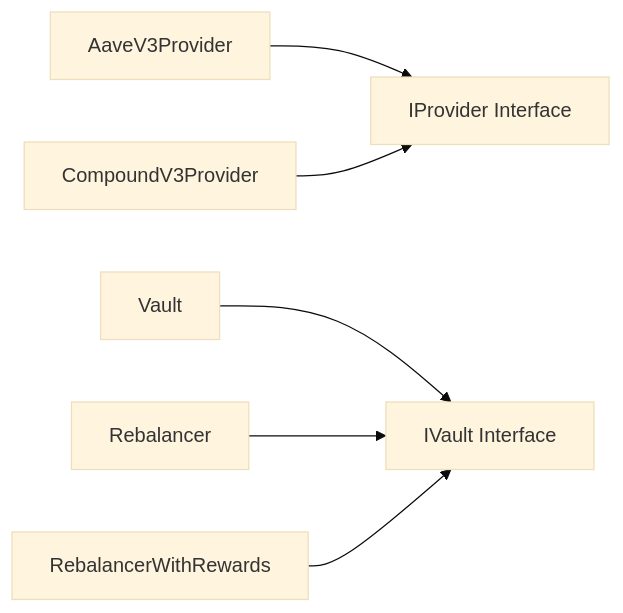
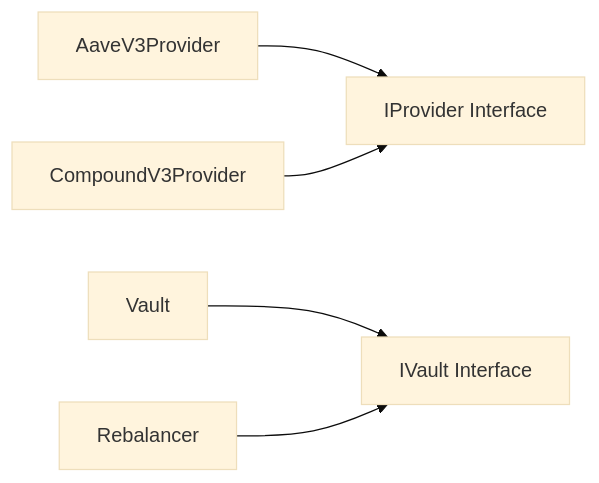
Before and after one commit to Thesauros/contracts: the sixth of 6 diagrams in docs/shemes/contract-interaction-diagram.md, drawn with Mermaid (base theme). The commit also changed other lines of this file and 5 other files, not shown here.

````diff
--- a/docs/shemes/contract-interaction-diagram.md
+++ b/docs/shemes/contract-interaction-diagram.md
@@ -190,12 +182,11 @@
 ```mermaid
 graph LR
     IProvider[IProvider Interface]
     IVault[IVault Interface]
     
     AaveV3Provider --> IProvider
     CompoundV3Provider --> IProvider
     
     Vault --> IVault
     Rebalancer --> IVault
-    RebalancerWithRewards --> IVault
 ```
````
